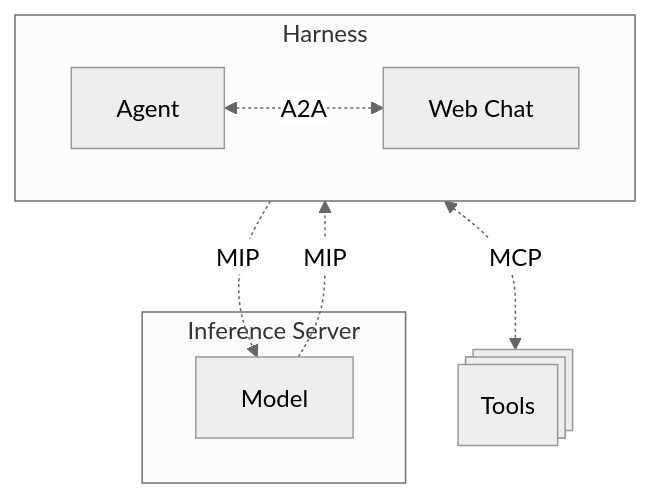
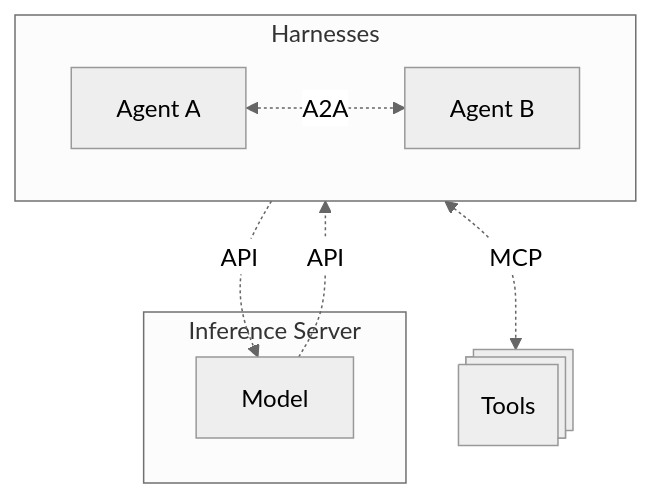
The first of 2 diagrams in Lecture/01_AI_App_Stack/README.md (mcgheee/AI_02H), drawn with Mermaid (neutral theme) before and after one commit. The commit also changed other lines of this file, not shown here.

Commit message:
Fix spelling errors and enhance README content
Reverted prose change and fixed diagram

````diff
--- a/Lecture/01_AI_App_Stack/README.md
+++ b/Lecture/01_AI_App_Stack/README.md
@@ -10,16 +10,16 @@
 ```mermaid
 flowchart TD
-  subgraph harness["Harness"]
+  subgraph harness["Harnesses"]
     direction LR
-    agent["Agent"]
-    web["Web Chat"]
+    agenta["Agent A"]
+    agentb["Agent B"]
   end
   tools@{ shape: st-rect, label: Tools}
   subgraph inference["Inference Server"]
     model["Model"]
   end
-  agent <-. A2A .-> web
+  agenta <-. A2A .-> agentb
   harness <-. MCP .-> tools
-  harness -. MIP .-> model
-  model -. MIP .-> harness
+  harness -. API .-> model
+  model -. API .-> harness
 ```
````
